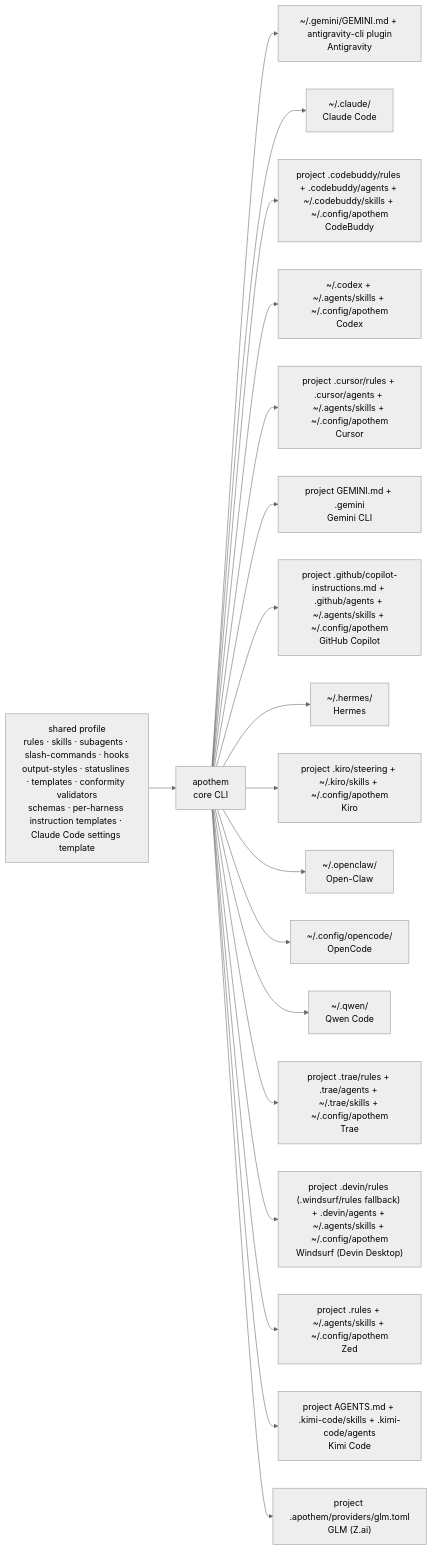
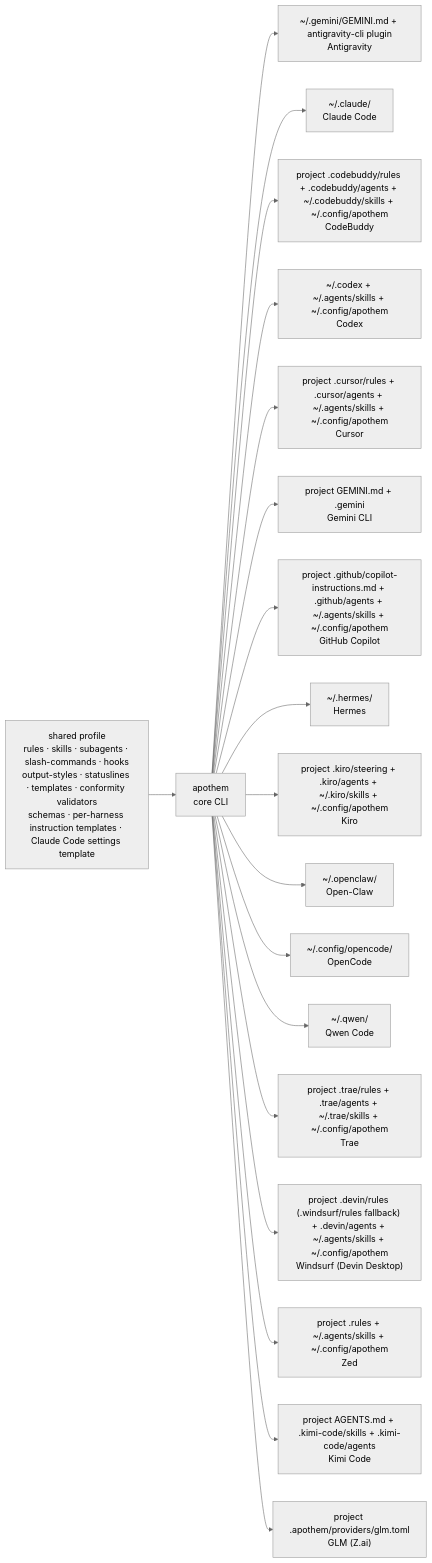
One commit to Ahmed-G-Gad/apothem changed the first of 2 diagrams in README.md. Above: the diagram before and after it, drawn with Mermaid. The commit also changed other lines of this file and 94 other files, not shown here.

````diff
--- a/README.md
+++ b/README.md
@@ -606,27 +606,27 @@
 ```mermaid
 %%{ init: { "theme": "neutral" } }%%
 %% verified: 2026-10-15 %%
 %% provenance: README.md §How it works — apothem's seventeen-harness materialization fan-out %%
 %% cross-reference: src/apothem/lib/harness_registry_data.py (the authoritative adapter registry) %%
 graph LR
     P["shared profile<br/>rules · skills · subagents · slash-commands · hooks<br/>output-styles · statuslines · templates · conformity validators<br/>schemas · per-harness instruction templates · Claude Code settings template"]
     A["apothem<br/>core CLI"]
     P --> A
     A --> AG["~/.gemini/GEMINI.md + antigravity-cli plugin<br/>Antigravity"]
     A --> CC["~/.claude/<br/>Claude Code"]
     A --> CB["project .codebuddy/rules + .codebuddy/agents + ~/.codebuddy/skills + ~/.config/apothem<br/>CodeBuddy"]
     A --> CO["~/.codex + ~/.agents/skills + ~/.config/apothem<br/>Codex"]
     A --> CU["project .cursor/rules + .cursor/agents + ~/.agents/skills + ~/.config/apothem<br/>Cursor"]
     A --> GE["project GEMINI.md + .gemini<br/>Gemini CLI"]
     A --> GC["project .github/copilot-instructions.md + .github/agents + ~/.agents/skills + ~/.config/apothem<br/>GitHub Copilot"]
     A --> HE["~/.hermes/<br/>Hermes"]
-    A --> KI["project .kiro/steering + ~/.kiro/skills + ~/.config/apothem<br/>Kiro"]
+    A --> KI["project .kiro/steering + .kiro/agents + ~/.kiro/skills + ~/.config/apothem<br/>Kiro"]
     A --> OW["~/.openclaw/<br/>Open-Claw"]
     A --> OC["~/.config/opencode/<br/>OpenCode"]
     A --> QW["~/.qwen/<br/>Qwen Code"]
     A --> TR["project .trae/rules + .trae/agents + ~/.trae/skills + ~/.config/apothem<br/>Trae"]
     A --> WI["project .devin/rules (.windsurf/rules fallback) + .devin/agents + ~/.agents/skills + ~/.config/apothem<br/>Windsurf (Devin Desktop)"]
     A --> ZE["project .rules + ~/.agents/skills + ~/.config/apothem<br/>Zed"]
     A --> KM["project AGENTS.md + .kimi-code/skills + .kimi-code/agents<br/>Kimi Code"]
     A --> GL["project .apothem/providers/glm.toml<br/>GLM (Z.ai)"]
 ```
````
